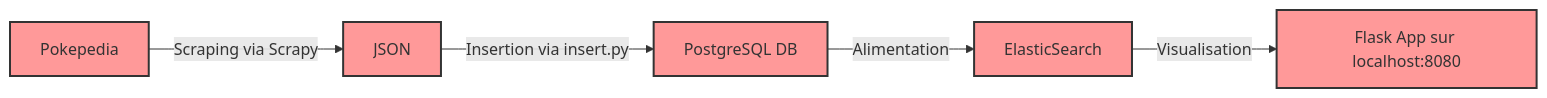
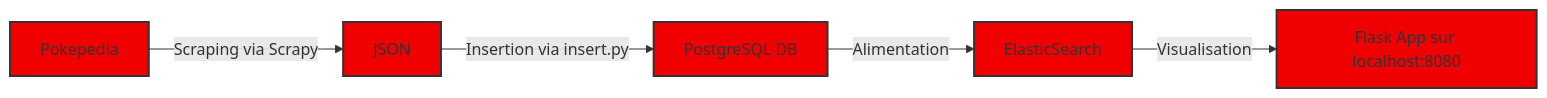
Before and after one commit to WhiteWall13/DataEngineering_Pokepedia: the diagram in ReadMe.md, drawn with Mermaid.

Commit message:
graph updated

````diff
--- a/ReadMe.md
+++ b/ReadMe.md
@@ -63,13 +63,13 @@
 ```mermaid
 graph LR
     A[Pokepedia] -->|Scraping via Scrapy| B[JSON]
     B -->|Insertion via insert.py| C[PostgreSQL DB]
     C -->|Alimentation| D[ElasticSearch]
     D -->|Visualisation| E[Flask App sur localhost:8080]
 
-    style A fill:#f99,stroke:#333,stroke-width:2px
-    style B fill:#f99,stroke:#333,stroke-width:2px
-    style C fill:#f99,stroke:#333,stroke-width:2px
-    style D fill:#f99,stroke:#333,stroke-width:2px
-    style E fill:#f99,stroke:#333,stroke-width:2px
+    style A fill:#f00000,stroke:#333,stroke-width:2px
+    style B fill:#f00000,stroke:#333,stroke-width:2px
+    style C fill:#f00000,stroke:#333,stroke-width:2px
+    style D fill:#f00000,stroke:#333,stroke-width:2px
+    style E fill:#f00000,stroke:#333,stroke-width:2px
 ```
````
